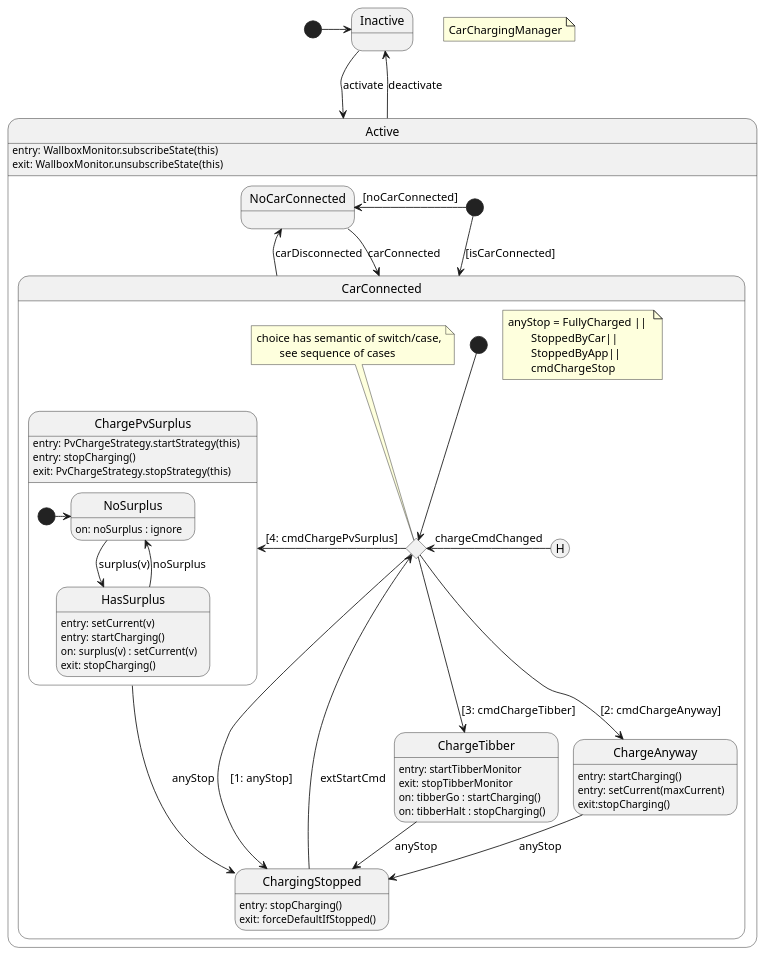
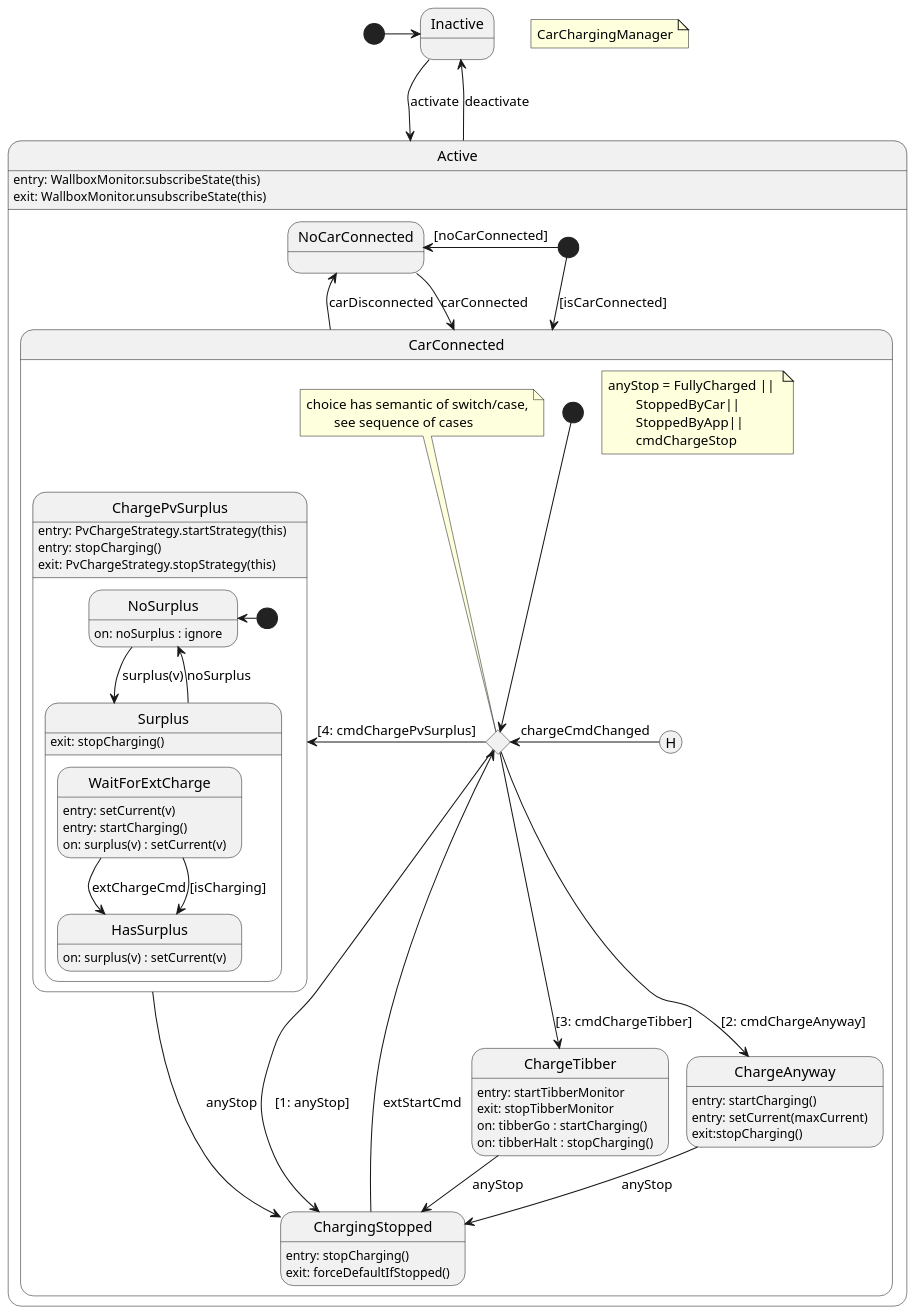
The diagram in src/main/groovy/de/geobe/energy/automation/CarChargingManager.puml (geobe/energyControl), drawn with PlantUML before and after one commit. The commit also changed 3 other files, not shown here.

Commit message:
work in progress: real time testing PvChargeStrategy, CarChargingManager

```diff
--- a/src/main/groovy/de/geobe/energy/automation/CarChargingManager.puml
+++ b/src/main/groovy/de/geobe/energy/automation/CarChargingManager.puml
@@ -1,96 +1,103 @@
 @startuml
 'https://plantuml.com/state-diagram
 
-scale 1000 width
+scale 1200 width
 
 [*] -right-> inAct
 
 state "Inactive" as inAct
 state "Active" as act {
     act: entry: WallboxMonitor.subscribeState(this)
     act: exit: WallboxMonitor.unsubscribeState(this)
 
      [*] -left-> noCar : [noCarConnected]
 
     state "NoCarConnected" as noCar
 '      nocl: entry: cancelCharging()
 
     state "CarConnected" as carCon {
 
         state "ChargingStopped" as cStop
             cStop: entry: stopCharging()
             cStop: exit: forceDefaultIfStopped()
 
         state "ChargePvSurplus" as cSurplus {
           cSurplus: entry: PvChargeStrategy.startStrategy(this)
           cSurplus: entry: stopCharging()
           cSurplus: exit: PvChargeStrategy.stopStrategy(this)
+'          cSurplus: exit: stopCharging()
+
+          state "Surplus" as sp {
+           sp: exit: stopCharging()
 
             state "HasSurplus" as hasPlus {
-                hasPlus: entry: setCurrent(v)
-                hasPlus: entry: startCharging()
+'                hasPlus: entry: setCurrent(v)
                 hasPlus: on: surplus(v) : setCurrent(v)
-                hasPlus: exit: stopCharging()
             }
+
+            state "WaitForExtCharge" as waitCh
+                waitCh: entry: setCurrent(v)
+                waitCh: entry: startCharging()
+                waitCh: on: surplus(v) : setCurrent(v)
+
+        }
 
             state "NoSurplus" as noPlus {
               noPlus: on: noSurplus : ignore
             }
 
         state lpstart <<start>>
 
       }
 
       state "ChargeTibber" as cTibber
       cTibber: entry: startTibberMonitor
       cTibber: exit: stopTibberMonitor
       cTibber: on: tibberGo : startCharging()
       cTibber: on: tibberHalt : stopCharging()
 
 
       state "ChargeAnyway" as cAnyway
         cAnyway: entry: startCharging()
         cAnyway: entry: setCurrent(maxCurrent)
         cAnyway: exit:stopCharging()
 
       state "switch" as choiceCmd <<choice>>
 
       note top of choiceCmd
         choice has semantic of switch/case,
         \tsee sequence of cases
       end note
 
       note "anyStop = FullyCharged || \n\tStoppedByCar||\n\tStoppedByApp||\n\tcmdChargeStop" as NcarCon
 
-      [H] -left-> choiceCmd : chargeCmdChanged
+      [H] -l-> choiceCmd : chargeCmdChanged
       [*] --> choiceCmd
     }
      [*] --> carCon : [isCarConnected]
-     cSurplus -down-> cStop : anyStop
-     cTibber -down-> cStop : anyStop
-     cAnyway -down-> cStop : anyStop
-     carCon -up-> noCar : carDisconnected
-'     noCar -down-> choiceCmd : carConnected
 
 }
+cSurplus -down-> cStop : anyStop
+cTibber -down-> cStop : anyStop
+cAnyway --> cStop : anyStop
+carCon -up-> noCar : carDisconnected
 
-
-choiceCmd -left-> cSurplus : [4: cmdChargePvSurplus]
-choiceCmd -down-> cTibber : [3: cmdChargeTibber]
+choiceCmd -l-> cSurplus : [4: cmdChargePvSurplus]
 choiceCmd --> cAnyway : [2: cmdChargeAnyway]
 choiceCmd --> cStop : [1: anyStop]
+choiceCmd --> cTibber : [3: cmdChargeTibber]
 cStop -up-> choiceCmd : extStartCmd
-
-'carCon --> cStop : fullyCharged
 
 noCar --> carCon : carConnected
 inAct -down-> act : activate
 act -up-> inAct : deactivate
 
-noPlus -down-> hasPlus : surplus(v)
-hasPlus -up-> noPlus : noSurplus
-lpstart -right-> noPlus
+noPlus -right-> sp : surplus(v)
+waitCh -down-> hasPlus : extChargeCmd
+waitCh -down-> hasPlus : [isCharging]
+sp -u-> noPlus : noSurplus
+lpstart -left-> noPlus
 
 note "CarChargingManager" as NTop
 
 @enduml
```
